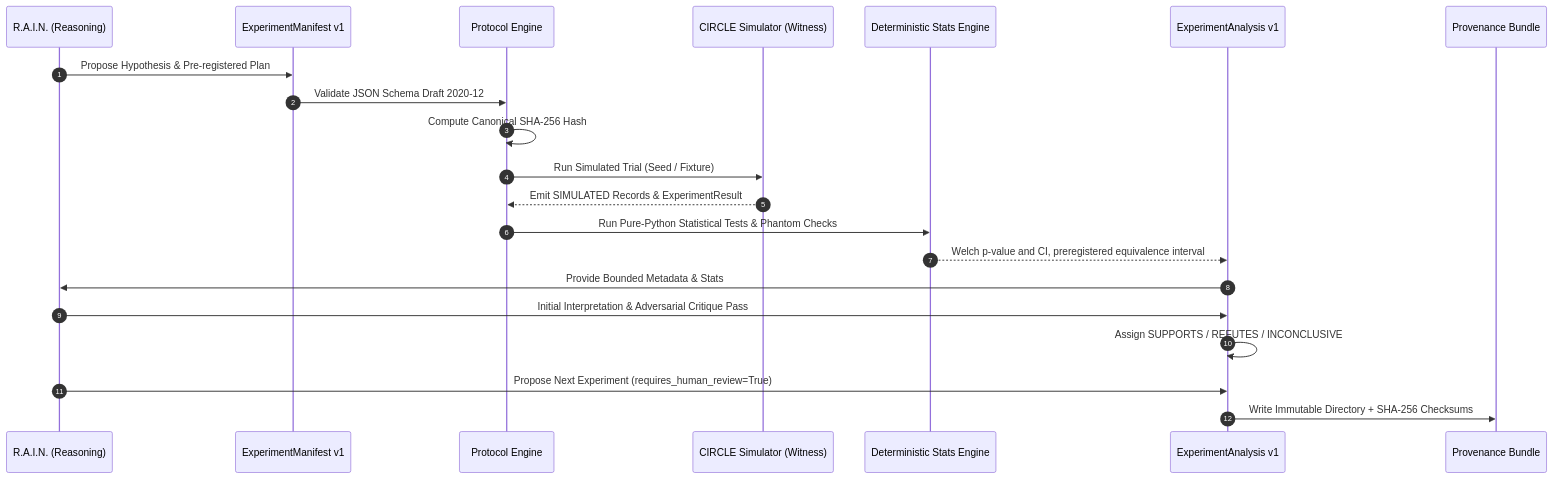
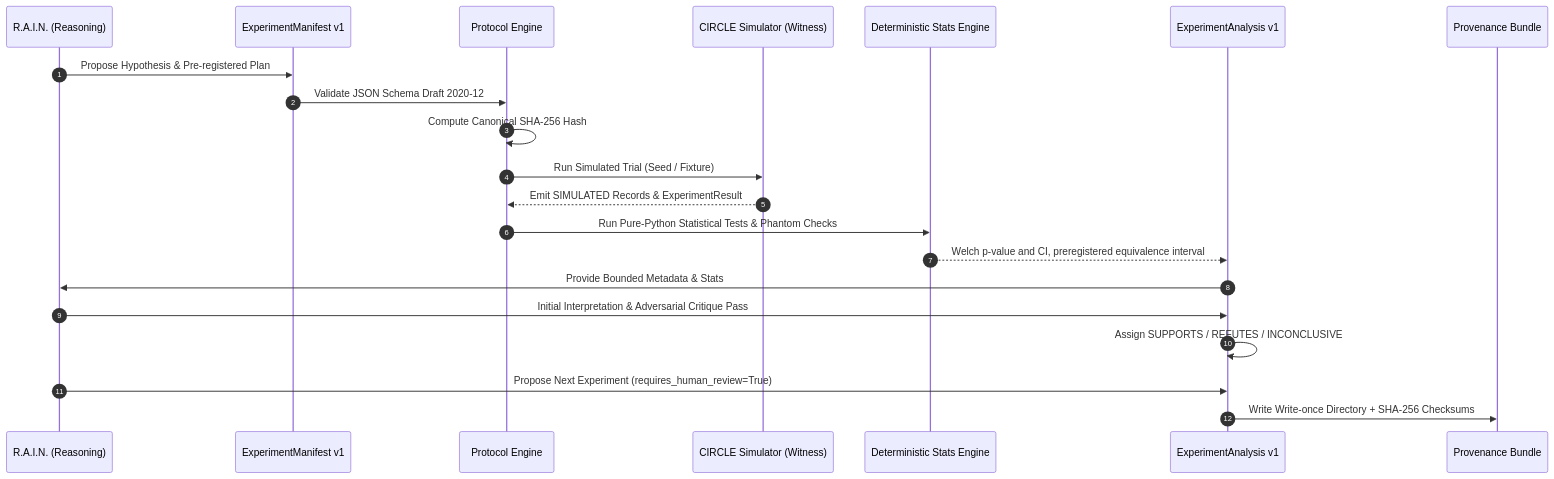
Before and after one commit to topherchris420/james_library: the diagram in james_library/docs/rain-circle-experiment-protocol.md, drawn with Mermaid. The commit also changed other lines of this file and 26 other files, not shown here.

````diff
--- a/james_library/docs/rain-circle-experiment-protocol.md
+++ b/james_library/docs/rain-circle-experiment-protocol.md
@@ -19,24 +25,24 @@
 ```mermaid
 sequenceDiagram
     autonumber
     participant RAIN as R.A.I.N. (Reasoning)
     participant Manifest as ExperimentManifest v1
     participant Bridge as Protocol Engine
     participant CircleSim as CIRCLE Simulator (Witness)
     participant Engine as Deterministic Stats Engine
     participant Analysis as ExperimentAnalysis v1
     participant Bundle as Provenance Bundle
 
     RAIN->>Manifest: Propose Hypothesis & Pre-registered Plan
     Manifest->>Bridge: Validate JSON Schema Draft 2020-12
     Bridge->>Bridge: Compute Canonical SHA-256 Hash
     Bridge->>CircleSim: Run Simulated Trial (Seed / Fixture)
     CircleSim-->>Bridge: Emit SIMULATED Records & ExperimentResult
     Bridge->>Engine: Run Pure-Python Statistical Tests & Phantom Checks
     Engine-->>Analysis: Welch p-value and CI, preregistered equivalence interval
     Analysis->>RAIN: Provide Bounded Metadata & Stats
     RAIN->>Analysis: Initial Interpretation & Adversarial Critique Pass
     Analysis->>Analysis: Assign SUPPORTS / REFUTES / INCONCLUSIVE
     RAIN->>Analysis: Propose Next Experiment (requires_human_review=True)
-    Analysis->>Bundle: Write Immutable Directory + SHA-256 Checksums
+    Analysis->>Bundle: Write Write-once Directory + SHA-256 Checksums
 ```
````
